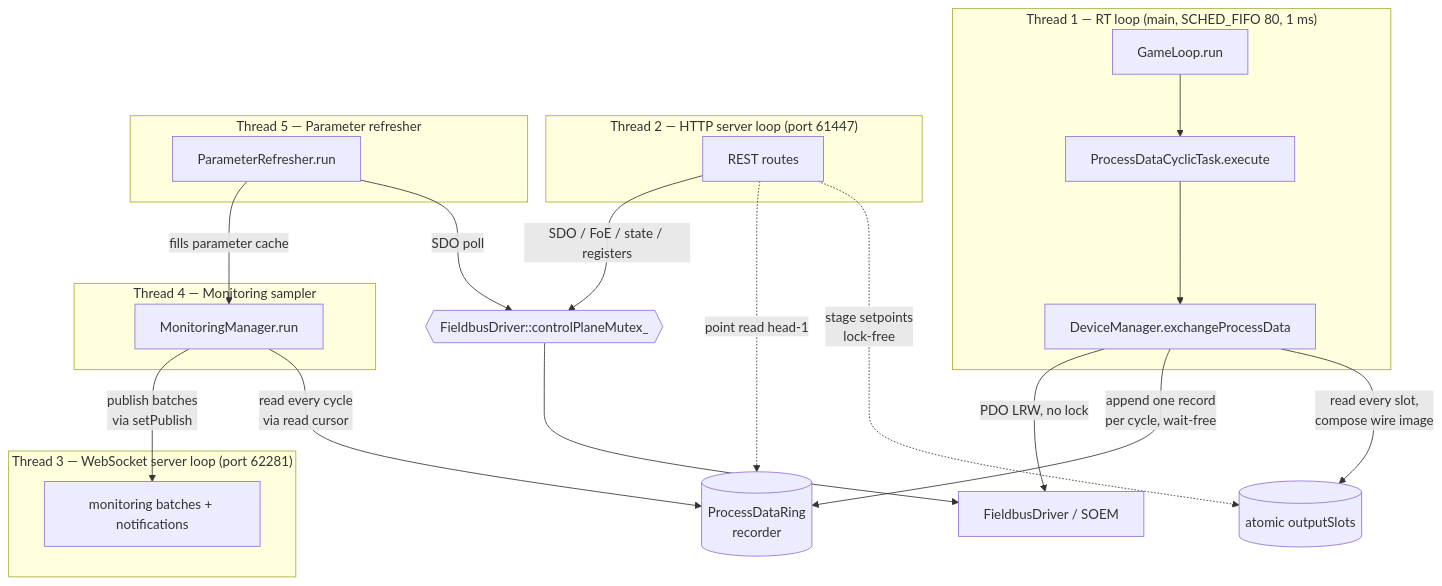
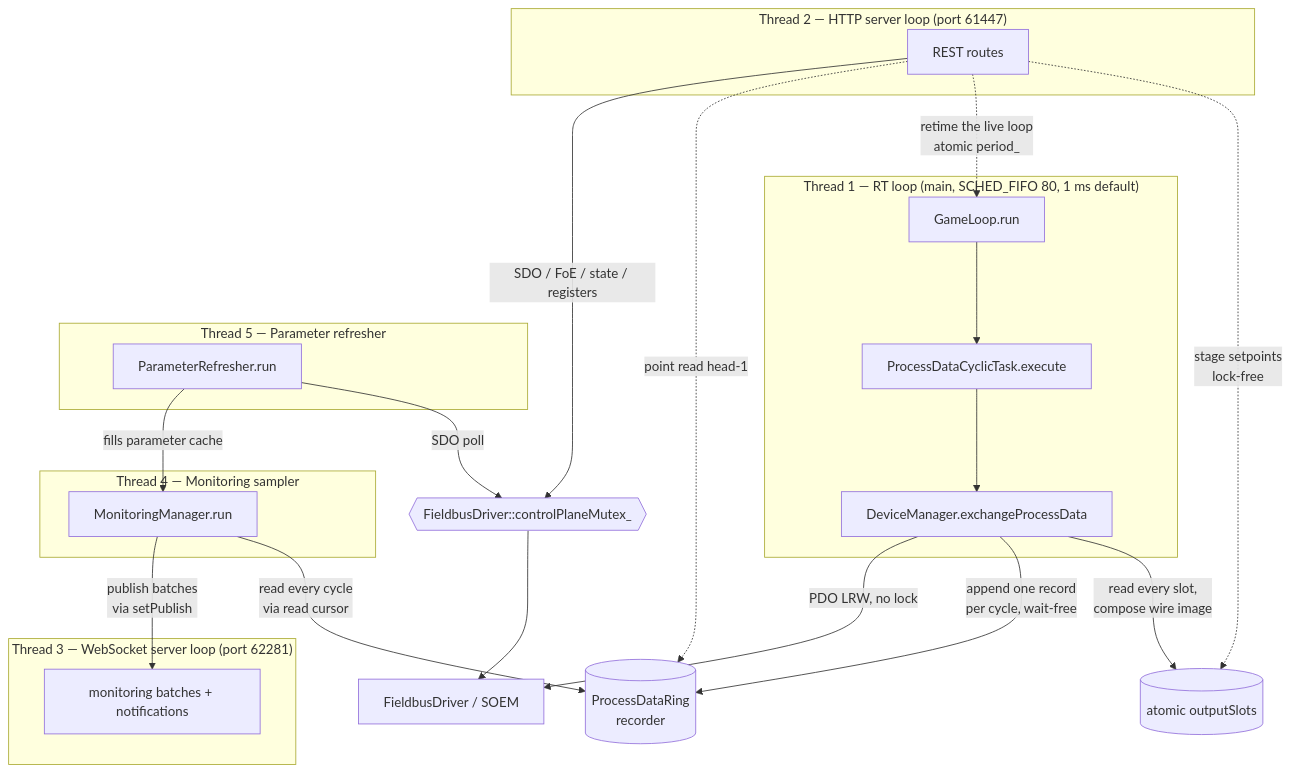
One commit to synapticon/motion-master changed the diagram in docs/THREADS.md. Above: the diagram before and after it, drawn with Mermaid. The commit also changed other lines of this file, not shown here.

First line of the commit message:
docs: reconcile threading doc with the live period and long busMutex_ holds

````diff
--- a/docs/THREADS.md
+++ b/docs/THREADS.md
@@ -22,31 +22,32 @@
 ```mermaid
 flowchart TB
-    subgraph RT["Thread 1 — RT loop (main, SCHED_FIFO 80, 1 ms)"]
+    subgraph RT["Thread 1 — RT loop (main, SCHED_FIFO 80, 1 ms default)"]
         GL[GameLoop.run] --> PDT[ProcessDataCyclicTask.execute]
         PDT --> EPD[DeviceManager.exchangeProcessData]
     end
     subgraph HSRV["Thread 2 — HTTP server loop (port 61447)"]
         HTTP[REST routes]
     end
     subgraph WSRV["Thread 3 — WebSocket server loop (port 62281)"]
         WS[monitoring batches + notifications]
     end
     subgraph SAMP["Thread 4 — Monitoring sampler"]
         MS[MonitoringManager.run]
     end
     subgraph REF["Thread 5 — Parameter refresher"]
         PR[ParameterRefresher.run]
     end
 
     HTTP -.->|stage setpoints<br/>lock-free| SLOTS[(atomic outputSlots)]
+    HTTP -.->|retime the live loop<br/>atomic period_| GL
     EPD -->|read every slot,<br/>compose wire image| SLOTS
     EPD -->|append one record<br/>per cycle, wait-free| RING[(ProcessDataRing<br/>recorder)]
     MS -->|read every cycle<br/>via read cursor| RING
     HTTP -.->|point read head-1| RING
     HTTP -->|SDO / FoE / state / registers| SM{{FieldbusDriver::controlPlaneMutex_}}
     PR -->|SDO poll| SM
     SM --> DRV[FieldbusDriver / SOEM]
     EPD -->|PDO LRW, no lock| DRV
     MS -->|publish batches<br/>via setPublish| WS
     PR -->|fills parameter cache| MS
 ```
````
